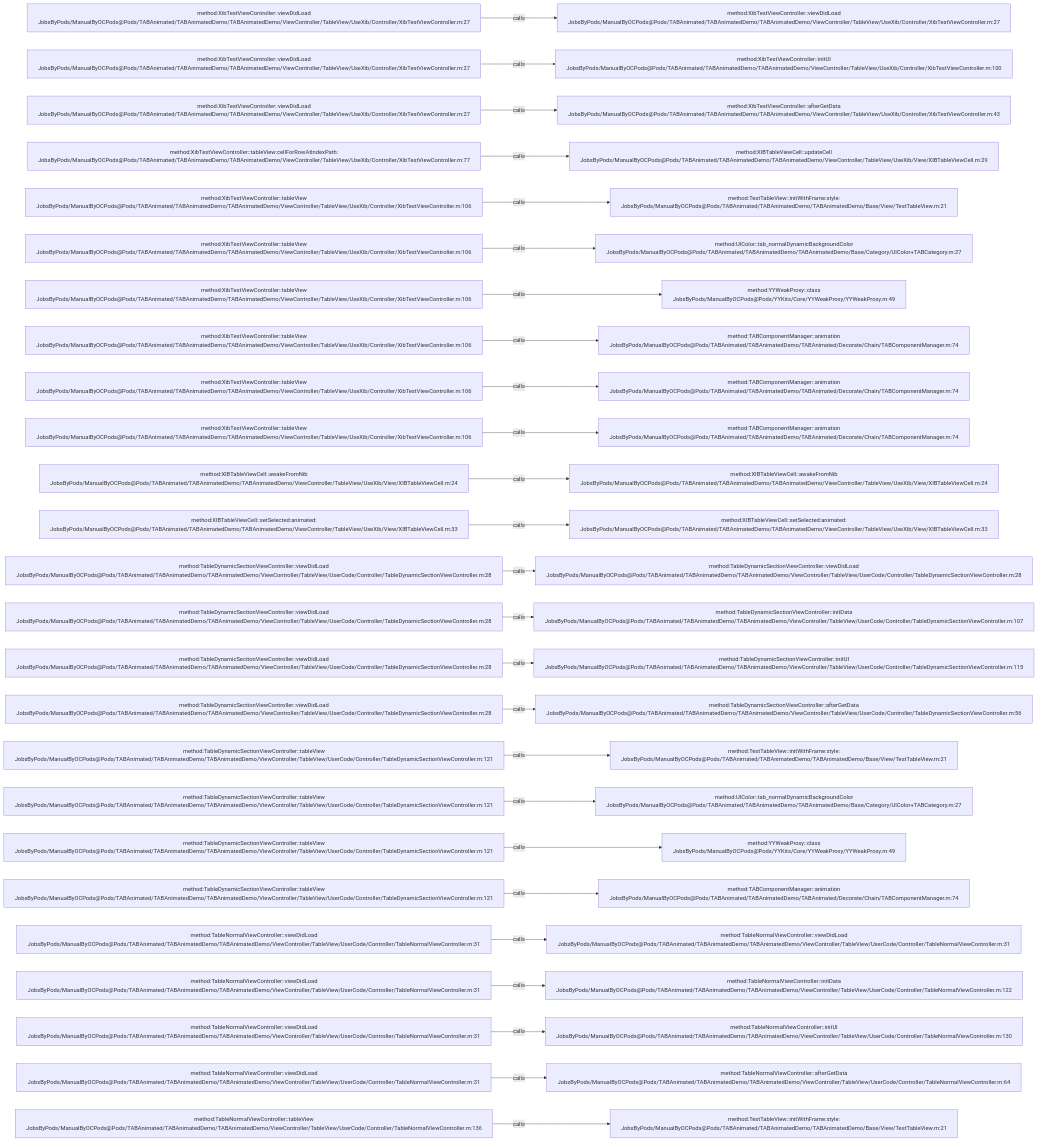
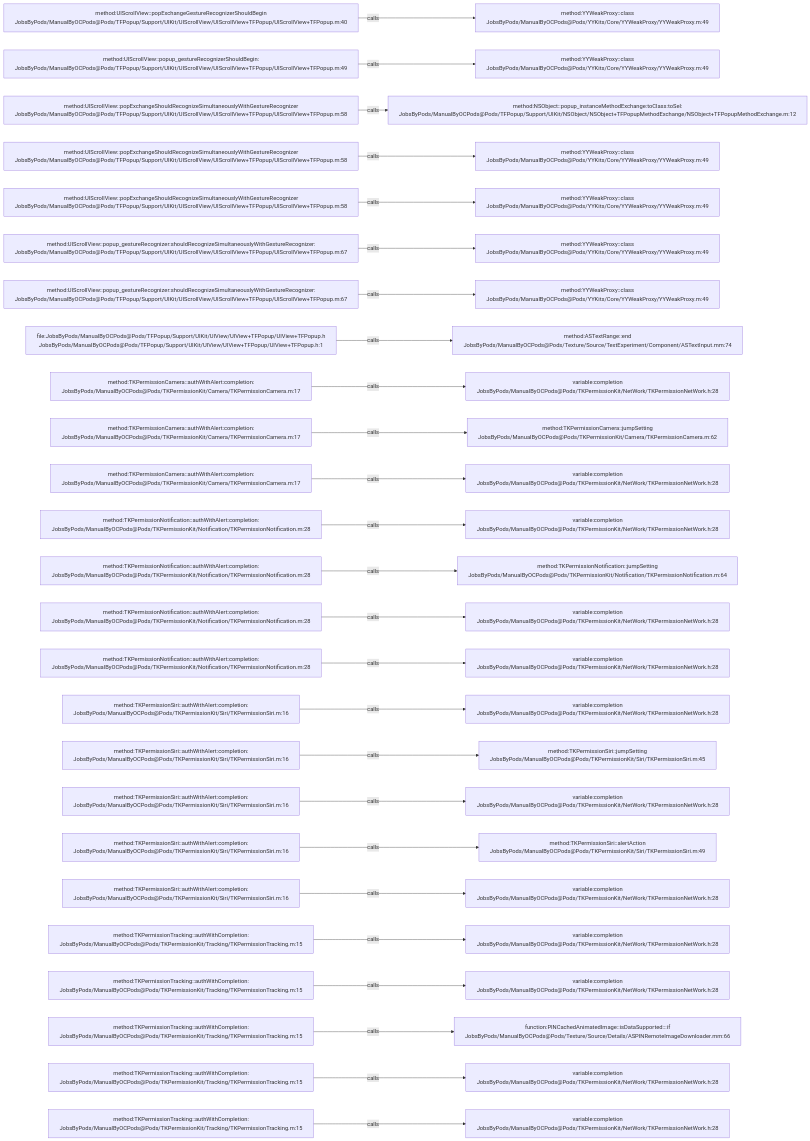
Before and after one commit to JobsKits/JobsOCBaseConfigDemo: the diagram in .codegraph/codegraph.md/graphs/calls-062.md, drawn with Mermaid. The commit also changed 1448 other files, not shown here.

````diff
--- a/.codegraph/codegraph.md/graphs/calls-062.md
+++ b/.codegraph/codegraph.md/graphs/calls-062.md
@@ -13,78 +13,78 @@
 ```mermaid
 flowchart LR
-  S1["method:XibTestViewController::viewDidLoad<br/>JobsByPods/ManualByOCPods@Pods/TABAnimated/TABAnimatedDemo/TABAnimatedDemo/ViewController/TableView/UseXib/Controller/XibTestViewController.m:27"]
-  T1["method:XibTestViewController::viewDidLoad<br/>JobsByPods/ManualByOCPods@Pods/TABAnimated/TABAnimatedDemo/TABAnimatedDemo/ViewController/TableView/UseXib/Controller/XibTestViewController.m:27"]
+  S1["method:UIScrollView::popExchangeGestureRecognizerShouldBegin<br/>JobsByPods/ManualByOCPods@Pods/TFPopup/Support/UIKit/UIScrollView/UIScrollView+TFPopup/UIScrollView+TFPopup.m:40"]
+  T1["method:YYWeakProxy::class<br/>JobsByPods/ManualByOCPods@Pods/YYKits/Core/YYWeakProxy/YYWeakProxy.m:49"]
   S1 -->|calls| T1
-  S2["method:XibTestViewController::viewDidLoad<br/>JobsByPods/ManualByOCPods@Pods/TABAnimated/TABAnimatedDemo/TABAnimatedDemo/ViewController/TableView/UseXib/Controller/XibTestViewController.m:27"]
-  T2["method:XibTestViewController::initUI<br/>JobsByPods/ManualByOCPods@Pods/TABAnimated/TABAnimatedDemo/TABAnimatedDemo/ViewController/TableView/UseXib/Controller/XibTestViewController.m:100"]
+  S2["method:UIScrollView::popup_gestureRecognizerShouldBegin:<br/>JobsByPods/ManualByOCPods@Pods/TFPopup/Support/UIKit/UIScrollView/UIScrollView+TFPopup/UIScrollView+TFPopup.m:49"]
+  T2["method:YYWeakProxy::class<br/>JobsByPods/ManualByOCPods@Pods/YYKits/Core/YYWeakProxy/YYWeakProxy.m:49"]
   S2 -->|calls| T2
-  S3["method:XibTestViewController::viewDidLoad<br/>JobsByPods/ManualByOCPods@Pods/TABAnimated/TABAnimatedDemo/TABAnimatedDemo/ViewController/TableView/UseXib/Controller/XibTestViewController.m:27"]
-  T3["method:XibTestViewController::afterGetData<br/>JobsByPods/ManualByOCPods@Pods/TABAnimated/TABAnimatedDemo/TABAnimatedDemo/ViewController/TableView/UseXib/Controller/XibTestViewController.m:43"]
+  S3["method:UIScrollView::popExchangeShouldRecognizeSimultaneouslyWithGestureRecognizer<br/>JobsByPods/ManualByOCPods@Pods/TFPopup/Support/UIKit/UIScrollView/UIScrollView+TFPopup/UIScrollView+TFPopup.m:58"]
+  T3["method:NSObject::popup_instanceMethodExchange:toClass:toSel:<br/>JobsByPods/ManualByOCPods@Pods/TFPopup/Support/UIKit/NSObject/NSObject+TFPopupMethodExchange/NSObject+TFPopupMethodExchange.m:12"]
   S3 -->|calls| T3
-  S4["method:XibTestViewController::tableView:cellForRowAtIndexPath:<br/>JobsByPods/ManualByOCPods@Pods/TABAnimated/TABAnimatedDemo/TABAnimatedDemo/ViewController/TableView/UseXib/Controller/XibTestViewController.m:77"]
-  T4["method:XIBTableViewCell::updateCell<br/>JobsByPods/ManualByOCPods@Pods/TABAnimated/TABAnimatedDemo/TABAnimatedDemo/ViewController/TableView/UseXib/View/XIBTableViewCell.m:29"]
+  S4["method:UIScrollView::popExchangeShouldRecognizeSimultaneouslyWithGestureRecognizer<br/>JobsByPods/ManualByOCPods@Pods/TFPopup/Support/UIKit/UIScrollView/UIScrollView+TFPopup/UIScrollView+TFPopup.m:58"]
+  T4["method:YYWeakProxy::class<br/>JobsByPods/ManualByOCPods@Pods/YYKits/Core/YYWeakProxy/YYWeakProxy.m:49"]
   S4 -->|calls| T4
-  S5["method:XibTestViewController::tableView<br/>JobsByPods/ManualByOCPods@Pods/TABAnimated/TABAnimatedDemo/TABAnimatedDemo/ViewController/TableView/UseXib/Controller/XibTestViewController.m:106"]
-  T5["method:TestTableView::initWithFrame:style:<br/>JobsByPods/ManualByOCPods@Pods/TABAnimated/TABAnimatedDemo/TABAnimatedDemo/Base/View/TestTableView.m:21"]
+  S5["method:UIScrollView::popExchangeShouldRecognizeSimultaneouslyWithGestureRecognizer<br/>JobsByPods/ManualByOCPods@Pods/TFPopup/Support/UIKit/UIScrollView/UIScrollView+TFPopup/UIScrollView+TFPopup.m:58"]
+  T5["method:YYWeakProxy::class<br/>JobsByPods/ManualByOCPods@Pods/YYKits/Core/YYWeakProxy/YYWeakProxy.m:49"]
   S5 -->|calls| T5
-  S6["method:XibTestViewController::tableView<br/>JobsByPods/ManualByOCPods@Pods/TABAnimated/TABAnimatedDemo/TABAnimatedDemo/ViewController/TableView/UseXib/Controller/XibTestViewController.m:106"]
-  T6["method:UIColor::tab_normalDynamicBackgroundColor<br/>JobsByPods/ManualByOCPods@Pods/TABAnimated/TABAnimatedDemo/TABAnimatedDemo/Base/Category/UIColor+TABCategory.m:27"]
+  S6["method:UIScrollView::popup_gestureRecognizer:shouldRecognizeSimultaneouslyWithGestureRecognizer:<br/>JobsByPods/ManualByOCPods@Pods/TFPopup/Support/UIKit/UIScrollView/UIScrollView+TFPopup/UIScrollView+TFPopup.m:67"]
+  T6["method:YYWeakProxy::class<br/>JobsByPods/ManualByOCPods@Pods/YYKits/Core/YYWeakProxy/YYWeakProxy.m:49"]
   S6 -->|calls| T6
-  S7["method:XibTestViewController::tableView<br/>JobsByPods/ManualByOCPods@Pods/TABAnimated/TABAnimatedDemo/TABAnimatedDemo/ViewController/TableView/UseXib/Controller/XibTestViewController.m:106"]
+  S7["method:UIScrollView::popup_gestureRecognizer:shouldRecognizeSimultaneouslyWithGestureRecognizer:<br/>JobsByPods/ManualByOCPods@Pods/TFPopup/Support/UIKit/UIScrollView/UIScrollView+TFPopup/UIScrollView+TFPopup.m:67"]
   T7["method:YYWeakProxy::class<br/>JobsByPods/ManualByOCPods@Pods/YYKits/Core/YYWeakProxy/YYWeakProxy.m:49"]
   S7 -->|calls| T7
-  S8["method:XibTestViewController::tableView<br/>JobsByPods/ManualByOCPods@Pods/TABAnimated/TABAnimatedDemo/TABAnimatedDemo/ViewController/TableView/UseXib/Controller/XibTestViewController.m:106"]
-  T8["method:TABComponentManager::animation<br/>JobsByPods/ManualByOCPods@Pods/TABAnimated/TABAnimatedDemo/TABAnimated/Decorate/Chain/TABComponentManager.m:74"]
+  S8["file:JobsByPods/ManualByOCPods@Pods/TFPopup/Support/UIKit/UIView/UIView+TFPopup/UIView+TFPopup.h<br/>JobsByPods/ManualByOCPods@Pods/TFPopup/Support/UIKit/UIView/UIView+TFPopup/UIView+TFPopup.h:1"]
+  T8["method:ASTextRange::end<br/>JobsByPods/ManualByOCPods@Pods/Texture/Source/TextExperiment/Component/ASTextInput.mm:74"]
   S8 -->|calls| T8
-  S9["method:XibTestViewController::tableView<br/>JobsByPods/ManualByOCPods@Pods/TABAnimated/TABAnimatedDemo/TABAnimatedDemo/ViewController/TableView/UseXib/Controller/XibTestViewController.m:106"]
-  T9["method:TABComponentManager::animation<br/>JobsByPods/ManualByOCPods@Pods/TABAnimated/TABAnimatedDemo/TABAnimated/Decorate/Chain/TABComponentManager.m:74"]
+  S9["method:TKPermissionCamera::authWithAlert:completion:<br/>JobsByPods/ManualByOCPods@Pods/TKPermissionKit/Camera/TKPermissionCamera.m:17"]
+  T9["variable:completion<br/>JobsByPods/ManualByOCPods@Pods/TKPermissionKit/NetWork/TKPermissionNetWork.h:28"]
   S9 -->|calls| T9
-  S10["method:XibTestViewController::tableView<br/>JobsByPods/ManualByOCPods@Pods/TABAnimated/TABAnimatedDemo/TABAnimatedDemo/ViewController/TableView/UseXib/Controller/XibTestViewController.m:106"]
-  T10["method:TABComponentManager::animation<br/>JobsByPods/ManualByOCPods@Pods/TABAnimated/TABAnimatedDemo/TABAnimated/Decorate/Chain/TABComponentManager.m:74"]
+  S10["method:TKPermissionCamera::authWithAlert:completion:<br/>JobsByPods/ManualByOCPods@Pods/TKPermissionKit/Camera/TKPermissionCamera.m:17"]
+  T10["method:TKPermissionCamera::jumpSetting<br/>JobsByPods/ManualByOCPods@Pods/TKPermissionKit/Camera/TKPermissionCamera.m:62"]
   S10 -->|calls| T10
-  S11["method:XIBTableViewCell::awakeFromNib<br/>JobsByPods/ManualByOCPods@Pods/TABAnimated/TABAnimatedDemo/TABAnimatedDemo/ViewController/TableView/UseXib/View/XIBTableViewCell.m:24"]
-  T11["method:XIBTableViewCell::awakeFromNib<br/>JobsByPods/ManualByOCPods@Pods/TABAnimated/TABAnimatedDemo/TABAnimatedDemo/ViewController/TableView/UseXib/View/XIBTableViewCell.m:24"]
+  S11["method:TKPermissionCamera::authWithAlert:completion:<br/>JobsByPods/ManualByOCPods@Pods/TKPermissionKit/Camera/TKPermissionCamera.m:17"]
+  T11["variable:completion<br/>JobsByPods/ManualByOCPods@Pods/TKPermissionKit/NetWork/TKPermissionNetWork.h:28"]
   S11 -->|calls| T11
-  S12["method:XIBTableViewCell::setSelected:animated:<br/>JobsByPods/ManualByOCPods@Pods/TABAnimated/TABAnimatedDemo/TABAnimatedDemo/ViewController/TableView/UseXib/View/XIBTableViewCell.m:33"]
-  T12["method:XIBTableViewCell::setSelected:animated:<br/>JobsByPods/ManualByOCPods@Pods/TABAnimated/TABAnimatedDemo/TABAnimatedDemo/ViewController/TableView/UseXib/View/XIBTableViewCell.m:33"]
+  S12["method:TKPermissionNotification::authWithAlert:completion:<br/>JobsByPods/ManualByOCPods@Pods/TKPermissionKit/Notification/TKPermissionNotification.m:28"]
+  T12["variable:completion<br/>JobsByPods/ManualByOCPods@Pods/TKPermissionKit/NetWork/TKPermissionNetWork.h:28"]
   S12 -->|calls| T12
-  S13["method:TableDynamicSectionViewController::viewDidLoad<br/>JobsByPods/ManualByOCPods@Pods/TABAnimated/TABAnimatedDemo/TABAnimatedDemo/ViewController/TableView/UserCode/Controller/TableDynamicSectionViewController.m:28"]
-  T13["method:TableDynamicSectionViewController::viewDidLoad<br/>JobsByPods/ManualByOCPods@Pods/TABAnimated/TABAnimatedDemo/TABAnimatedDemo/ViewController/TableView/UserCode/Controller/TableDynamicSectionViewController.m:28"]
+  S13["method:TKPermissionNotification::authWithAlert:completion:<br/>JobsByPods/ManualByOCPods@Pods/TKPermissionKit/Notification/TKPermissionNotification.m:28"]
+  T13["method:TKPermissionNotification::jumpSetting<br/>JobsByPods/ManualByOCPods@Pods/TKPermissionKit/Notification/TKPermissionNotification.m:64"]
   S13 -->|calls| T13
-  S14["method:TableDynamicSectionViewController::viewDidLoad<br/>JobsByPods/ManualByOCPods@Pods/TABAnimated/TABAnimatedDemo/TABAnimatedDemo/ViewController/TableView/UserCode/Controller/TableDynamicSectionViewController.m:28"]
-  T14["method:TableDynamicSectionViewController::initData<br/>JobsByPods/ManualByOCPods@Pods/TABAnimated/TABAnimatedDemo/TABAnimatedDemo/ViewController/TableView/UserCode/Controller/TableDynamicSectionViewController.m:107"]
+  S14["method:TKPermissionNotification::authWithAlert:completion:<br/>JobsByPods/ManualByOCPods@Pods/TKPermissionKit/Notification/TKPermissionNotification.m:28"]
+  T14["variable:completion<br/>JobsByPods/ManualByOCPods@Pods/TKPermissionKit/NetWork/TKPermissionNetWork.h:28"]
   S14 -->|calls| T14
-  S15["method:TableDynamicSectionViewController::viewDidLoad<br/>JobsByPods/ManualByOCPods@Pods/TABAnimated/TABAnimatedDemo/TABAnimatedDemo/ViewController/TableView/UserCode/Controller/TableDynamicSectionViewController.m:28"]
-  T15["method:TableDynamicSectionViewController::initUI<br/>JobsByPods/ManualByOCPods@Pods/TABAnimated/TABAnimatedDemo/TABAnimatedDemo/ViewController/TableView/UserCode/Controller/TableDynamicSectionViewController.m:115"]
+  S15["method:TKPermissionNotification::authWithAlert:completion:<br/>JobsByPods/ManualByOCPods@Pods/TKPermissionKit/Notification/TKPermissionNotification.m:28"]
+  T15["variable:completion<br/>JobsByPods/ManualByOCPods@Pods/TKPermissionKit/NetWork/TKPermissionNetWork.h:28"]
   S15 -->|calls| T15
-  S16["method:TableDynamicSectionViewController::viewDidLoad<br/>JobsByPods/ManualByOCPods@Pods/TABAnimated/TABAnimatedDemo/TABAnimatedDemo/ViewController/TableView/UserCode/Controller/TableDynamicSectionViewController.m:28"]
-  T16["method:TableDynamicSectionViewController::afterGetData<br/>JobsByPods/ManualByOCPods@Pods/TABAnimated/TABAnimatedDemo/TABAnimatedDemo/ViewController/TableView/UserCode/Controller/TableDynamicSectionViewController.m:56"]
+  S16["method:TKPermissionSiri::authWithAlert:completion:<br/>JobsByPods/ManualByOCPods@Pods/TKPermissionKit/Siri/TKPermissionSiri.m:16"]
+  T16["variable:completion<br/>JobsByPods/ManualByOCPods@Pods/TKPermissionKit/NetWork/TKPermissionNetWork.h:28"]
   S16 -->|calls| T16
-  S17["method:TableDynamicSectionViewController::tableView<br/>JobsByPods/ManualByOCPods@Pods/TABAnimated/TABAnimatedDemo/TABAnimatedDemo/ViewController/TableView/UserCode/Controller/TableDynamicSectionViewController.m:121"]
-  T17["method:TestTableView::initWithFrame:style:<br/>JobsByPods/ManualByOCPods@Pods/TABAnimated/TABAnimatedDemo/TABAnimatedDemo/Base/View/TestTableView.m:21"]
+  S17["method:TKPermissionSiri::authWithAlert:completion:<br/>JobsByPods/ManualByOCPods@Pods/TKPermissionKit/Siri/TKPermissionSiri.m:16"]
+  T17["method:TKPermissionSiri::jumpSetting<br/>JobsByPods/ManualByOCPods@Pods/TKPermissionKit/Siri/TKPermissionSiri.m:45"]
   S17 -->|calls| T17
-  S18["method:TableDynamicSectionViewController::tableView<br/>JobsByPods/ManualByOCPods@Pods/TABAnimated/TABAnimatedDemo/TABAnimatedDemo/ViewController/TableView/UserCode/Controller/TableDynamicSectionViewController.m:121"]
-  T18["method:UIColor::tab_normalDynamicBackgroundColor<br/>JobsByPods/ManualByOCPods@Pods/TABAnimated/TABAnimatedDemo/TABAnimatedDemo/Base/Category/UIColor+TABCategory.m:27"]
+  S18["method:TKPermissionSiri::authWithAlert:completion:<br/>JobsByPods/ManualByOCPods@Pods/TKPermissionKit/Siri/TKPermissionSiri.m:16"]
+  T18["variable:completion<br/>JobsByPods/ManualByOCPods@Pods/TKPermissionKit/NetWork/TKPermissionNetWork.h:28"]
   S18 -->|calls| T18
-  S19["method:TableDynamicSectionViewController::tableView<br/>JobsByPods/ManualByOCPods@Pods/TABAnimated/TABAnimatedDemo/TABAnimatedDemo/ViewController/TableView/UserCode/Controller/TableDynamicSectionViewController.m:121"]
-  T19["method:YYWeakProxy::class<br/>JobsByPods/ManualByOCPods@Pods/YYKits/Core/YYWeakProxy/YYWeakProxy.m:49"]
+  S19["method:TKPermissionSiri::authWithAlert:completion:<br/>JobsByPods/ManualByOCPods@Pods/TKPermissionKit/Siri/TKPermissionSiri.m:16"]
+  T19["method:TKPermissionSiri::alertAction<br/>JobsByPods/ManualByOCPods@Pods/TKPermissionKit/Siri/TKPermissionSiri.m:49"]
   S19 -->|calls| T19
-  S20["method:TableDynamicSectionViewController::tableView<br/>JobsByPods/ManualByOCPods@Pods/TABAnimated/TABAnimatedDemo/TABAnimatedDemo/ViewController/TableView/UserCode/Controller/TableDynamicSectionViewController.m:121"]
-  T20["method:TABComponentManager::animation<br/>JobsByPods/ManualByOCPods@Pods/TABAnimated/TABAnimatedDemo/TABAnimated/Decorate/Chain/TABComponentManager.m:74"]
+  S20["method:TKPermissionSiri::authWithAlert:completion:<br/>JobsByPods/ManualByOCPods@Pods/TKPermissionKit/Siri/TKPermissionSiri.m:16"]
+  T20["variable:completion<br/>JobsByPods/ManualByOCPods@Pods/TKPermissionKit/NetWork/TKPermissionNetWork.h:28"]
   S20 -->|calls| T20
-  S21["method:TableNormalViewController::viewDidLoad<br/>JobsByPods/ManualByOCPods@Pods/TABAnimated/TABAnimatedDemo/TABAnimatedDemo/ViewController/TableView/UserCode/Controller/TableNormalViewController.m:31"]
-  T21["method:TableNormalViewController::viewDidLoad<br/>JobsByPods/ManualByOCPods@Pods/TABAnimated/TABAnimatedDemo/TABAnimatedDemo/ViewController/TableView/UserCode/Controller/TableNormalViewController.m:31"]
+  S21["method:TKPermissionTracking::authWithCompletion:<br/>JobsByPods/ManualByOCPods@Pods/TKPermissionKit/Tracking/TKPermissionTracking.m:15"]
+  T21["variable:completion<br/>JobsByPods/ManualByOCPods@Pods/TKPermissionKit/NetWork/TKPermissionNetWork.h:28"]
   S21 -->|calls| T21
-  S22["method:TableNormalViewController::viewDidLoad<br/>JobsByPods/ManualByOCPods@Pods/TABAnimated/TABAnimatedDemo/TABAnimatedDemo/ViewController/TableView/UserCode/Controller/TableNormalViewController.m:31"]
-  T22["method:TableNormalViewController::initData<br/>JobsByPods/ManualByOCPods@Pods/TABAnimated/TABAnimatedDemo/TABAnimatedDemo/ViewController/TableView/UserCode/Controller/TableNormalViewController.m:122"]
+  S22["method:TKPermissionTracking::authWithCompletion:<br/>JobsByPods/ManualByOCPods@Pods/TKPermissionKit/Tracking/TKPermissionTracking.m:15"]
+  T22["variable:completion<br/>JobsByPods/ManualByOCPods@Pods/TKPermissionKit/NetWork/TKPermissionNetWork.h:28"]
   S22 -->|calls| T22
-  S23["method:TableNormalViewController::viewDidLoad<br/>JobsByPods/ManualByOCPods@Pods/TABAnimated/TABAnimatedDemo/TABAnimatedDemo/ViewController/TableView/UserCode/Controller/TableNormalViewController.m:31"]
-  T23["method:TableNormalViewController::initUI<br/>JobsByPods/ManualByOCPods@Pods/TABAnimated/TABAnimatedDemo/TABAnimatedDemo/ViewController/TableView/UserCode/Controller/TableNormalViewController.m:130"]
+  S23["method:TKPermissionTracking::authWithCompletion:<br/>JobsByPods/ManualByOCPods@Pods/TKPermissionKit/Tracking/TKPermissionTracking.m:15"]
+  T23["function:PINCachedAnimatedImage::isDataSupported:::if<br/>JobsByPods/ManualByOCPods@Pods/Texture/Source/Details/ASPINRemoteImageDownloader.mm:66"]
   S23 -->|calls| T23
-  S24["method:TableNormalViewController::viewDidLoad<br/>JobsByPods/ManualByOCPods@Pods/TABAnimated/TABAnimatedDemo/TABAnimatedDemo/ViewController/TableView/UserCode/Controller/TableNormalViewController.m:31"]
-  T24["method:TableNormalViewController::afterGetData<br/>JobsByPods/ManualByOCPods@Pods/TABAnimated/TABAnimatedDemo/TABAnimatedDemo/ViewController/TableView/UserCode/Controller/TableNormalViewController.m:64"]
+  S24["method:TKPermissionTracking::authWithCompletion:<br/>JobsByPods/ManualByOCPods@Pods/TKPermissionKit/Tracking/TKPermissionTracking.m:15"]
+  T24["variable:completion<br/>JobsByPods/ManualByOCPods@Pods/TKPermissionKit/NetWork/TKPermissionNetWork.h:28"]
   S24 -->|calls| T24
-  S25["method:TableNormalViewController::tableView<br/>JobsByPods/ManualByOCPods@Pods/TABAnimated/TABAnimatedDemo/TABAnimatedDemo/ViewController/TableView/UserCode/Controller/TableNormalViewController.m:136"]
-  T25["method:TestTableView::initWithFrame:style:<br/>JobsByPods/ManualByOCPods@Pods/TABAnimated/TABAnimatedDemo/TABAnimatedDemo/Base/View/TestTableView.m:21"]
+  S25["method:TKPermissionTracking::authWithCompletion:<br/>JobsByPods/ManualByOCPods@Pods/TKPermissionKit/Tracking/TKPermissionTracking.m:15"]
+  T25["variable:completion<br/>JobsByPods/ManualByOCPods@Pods/TKPermissionKit/NetWork/TKPermissionNetWork.h:28"]
   S25 -->|calls| T25
 ```
````
